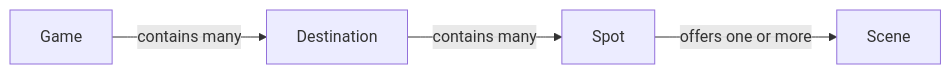
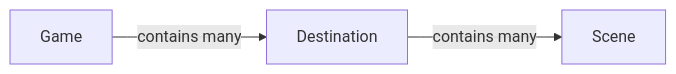
The first of 2 diagrams in docs/game-design.md (chansyawn/over-yonder), drawn with Mermaid before and after one commit. The commit also changed other lines of this file and 20 other files, not shown here.

Commit message:
refactor: remove spot scene hierarchy

````diff
--- a/docs/game-design.md
+++ b/docs/game-design.md
@@ -22,6 +22,5 @@
 ```mermaid
 flowchart LR
     Game["Game"] -->|contains many| Destination["Destination"]
-    Destination -->|contains many| Spot["Spot"]
-    Spot -->|offers one or more| Scene["Scene"]
+    Destination -->|contains many| Scene["Scene"]
 ```
````
